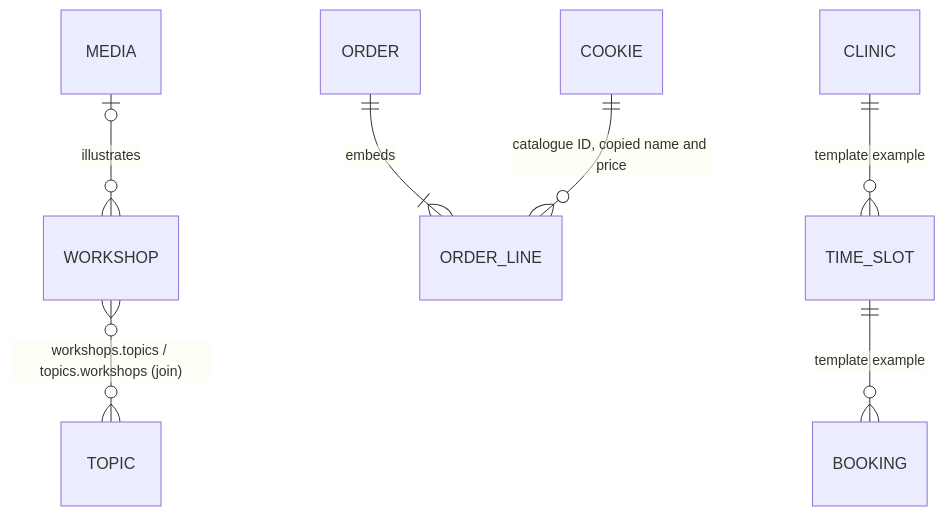
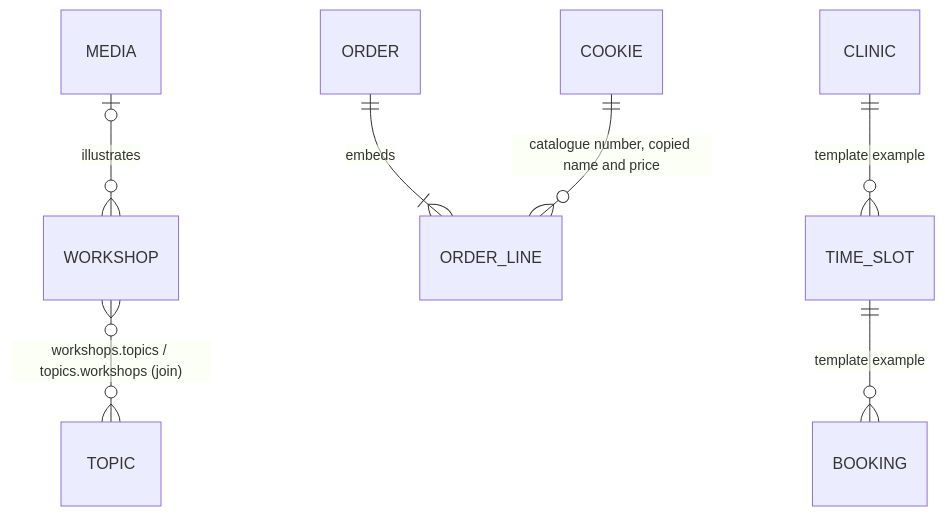
Before and after one commit to jonashey1/team11-cookie-shop: the diagram in docs/content-structure.md, drawn with Mermaid. The commit also changed other lines of this file and 2 other files, not shown here.

````diff
--- a/docs/content-structure.md
+++ b/docs/content-structure.md
@@ -35,9 +36,9 @@
 ```mermaid
 erDiagram
     WORKSHOP }o--o{ TOPIC : "workshops.topics / topics.workshops (join)"
     MEDIA |o--o{ WORKSHOP : "illustrates"
     ORDER ||--|{ ORDER_LINE : "embeds"
-    COOKIE ||--o{ ORDER_LINE : "catalogue ID, copied name and price"
+    COOKIE ||--o{ ORDER_LINE : "catalogue number, copied name and price"
     CLINIC ||--o{ TIME_SLOT : "template example"
     TIME_SLOT ||--o{ BOOKING : "template example"
 ```
````
